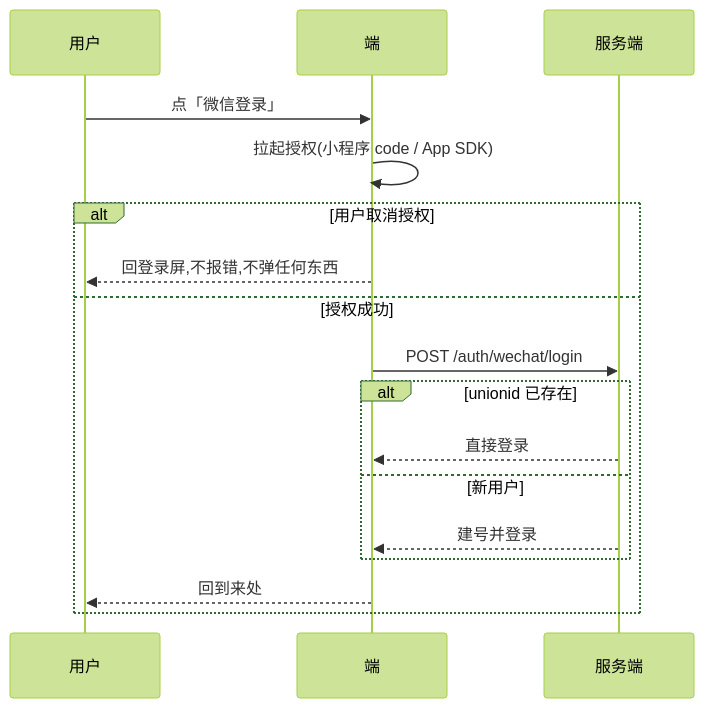
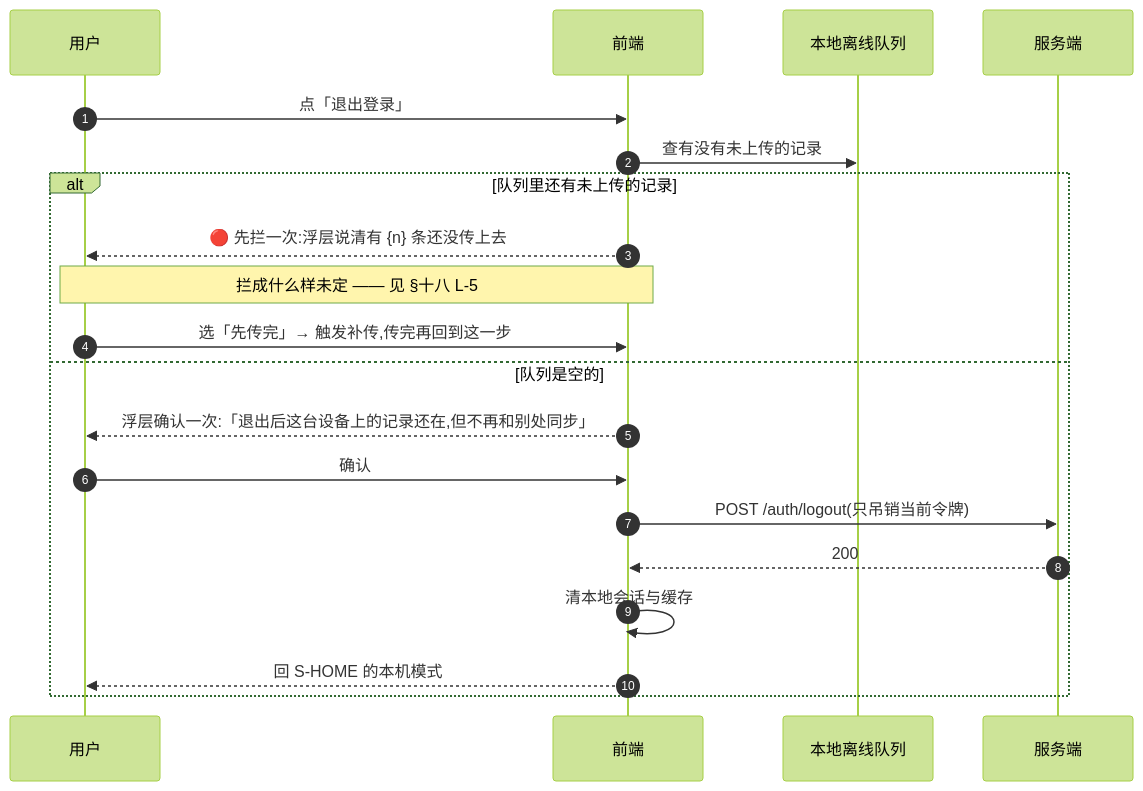
The seventh of 11 diagrams in docs/product/specs/登录与账号.md (chenyuanjin/kubic), drawn with Mermaid (forest theme) before and after one commit. The commit also changed other lines of this file and 13 other files, not shown here.

````diff
--- a/docs/product/specs/登录与账号.md
+++ b/docs/product/specs/登录与账号.md
@@ -126,19 +620,23 @@
 ```mermaid
 sequenceDiagram
+    autonumber
     participant U as 用户
-    participant C as 端
+    participant F as 前端
+    participant Q as 本地离线队列
     participant S as 服务端
-    U->>C: 点「微信登录」
-    C->>C: 拉起授权(小程序 code / App SDK)
-    alt 用户取消授权
-        C-->>U: 回登录屏,不报错,不弹任何东西
-    else 授权成功
-        C->>S: POST /auth/wechat/login
-        alt unionid 已存在
-            S-->>C: 直接登录
-        else 新用户
-            S-->>C: 建号并登录
-        end
-        C-->>U: 回到来处
+
+    U->>F: 点「退出登录」
+    F->>Q: 查有没有未上传的记录
+    alt 队列里还有未上传的记录
+        F-->>U: 🔴 先拦一次:浮层说清有 {n} 条还没传上去
+        Note over U,F: 拦成什么样未定 —— 见 §十八 L-5
+        U->>F: 选「先传完」→ 触发补传,传完再回到这一步
+    else 队列是空的
+        F-->>U: 浮层确认一次:「退出后这台设备上的记录还在,但不再和别处同步」
+        U->>F: 确认
+        F->>S: POST /auth/logout(只吊销当前令牌)
+        S-->>F: 200
+        F->>F: 清本地会话与缓存
+        F-->>U: 回 S-HOME 的本机模式
     end
 ```
````
